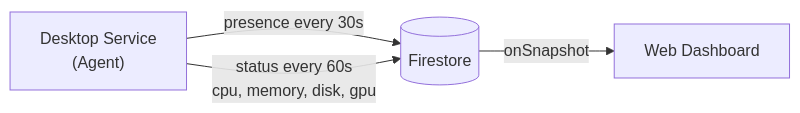
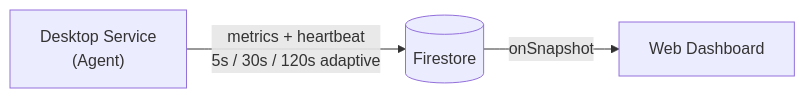
The second of 7 diagrams in docs/architecture.md (theexperiential/owlette), drawn with Mermaid before and after one commit. The commit also changed other lines of this file and 4 other files, not shown here.

First line of the commit message:
docs: correct stale metrics/heartbeat interval documentation

````diff
--- a/docs/architecture.md
+++ b/docs/architecture.md
@@ -72,10 +71,9 @@
 ```mermaid
 flowchart LR
     Agent["Desktop Service\n(Agent)"]
     FS[("Firestore")]
     Dashboard["Web Dashboard"]
 
-    Agent -->|"presence every 30s"| FS
-    Agent -->|"status every 60s\ncpu, memory, disk, gpu"| FS
+    Agent -->|"metrics + heartbeat\n5s / 30s / 120s adaptive"| FS
     FS -->|"onSnapshot"| Dashboard
 ```
````
